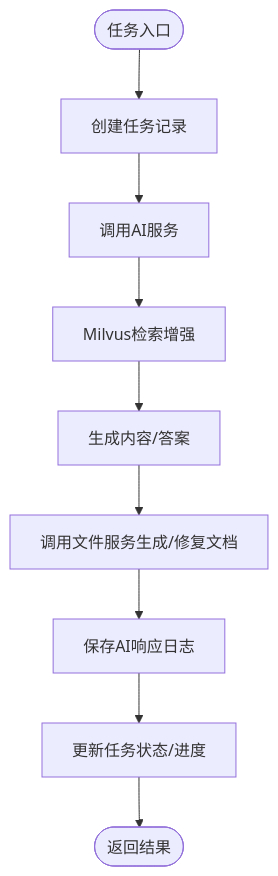
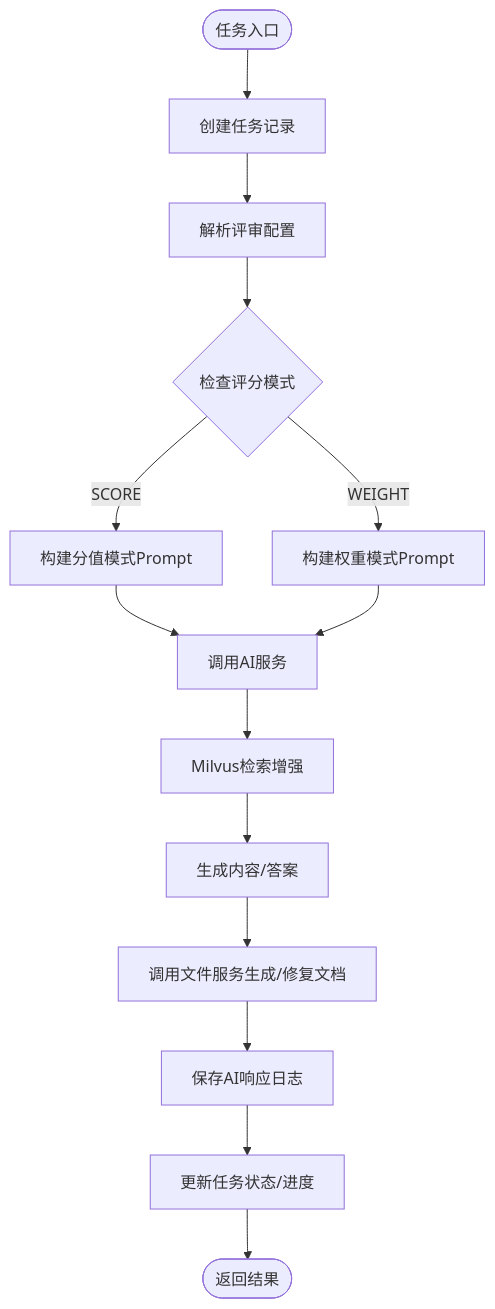
One commit to DrunkFood/First changed the fifth of 6 diagrams in .qoder/repowiki/zh/content/后端服务/AI处理服务 (ele-ai-tender-ai)/服务概述与架构.md. Above: the diagram before and after it, drawn with Mermaid. The commit also changed other lines of this file and 69 other files, not shown here.

````diff
--- a/.qoder/repowiki/zh/content/后端服务/AI处理服务 (ele-ai-tender-ai)/服务概述与架构.md
+++ b/.qoder/repowiki/zh/content/后端服务/AI处理服务 (ele-ai-tender-ai)/服务概述与架构.md
@@ -194,11 +284,16 @@
 ```mermaid
 flowchart TD
 Start(["任务入口"]) --> CreateTask["创建任务记录"]
-CreateTask --> CallAI["调用AI服务"]
+CreateTask --> ParseConfig["解析评审配置"]
+ParseConfig --> CheckMode{"检查评分模式"}
+CheckMode --> |SCORE| BuildScorePrompt["构建分值模式Prompt"]
+CheckMode --> |WEIGHT| BuildWeightPrompt["构建权重模式Prompt"]
+BuildScorePrompt --> CallAI["调用AI服务"]
+BuildWeightPrompt --> CallAI
 CallAI --> RAG["Milvus检索增强"]
 RAG --> GenContent["生成内容/答案"]
 GenContent --> UseFile["调用文件服务生成/修复文档"]
 UseFile --> SaveLog["保存AI响应日志"]
 SaveLog --> UpdateStatus["更新任务状态/进度"]
 UpdateStatus --> End(["返回结果"])
 ```
````
